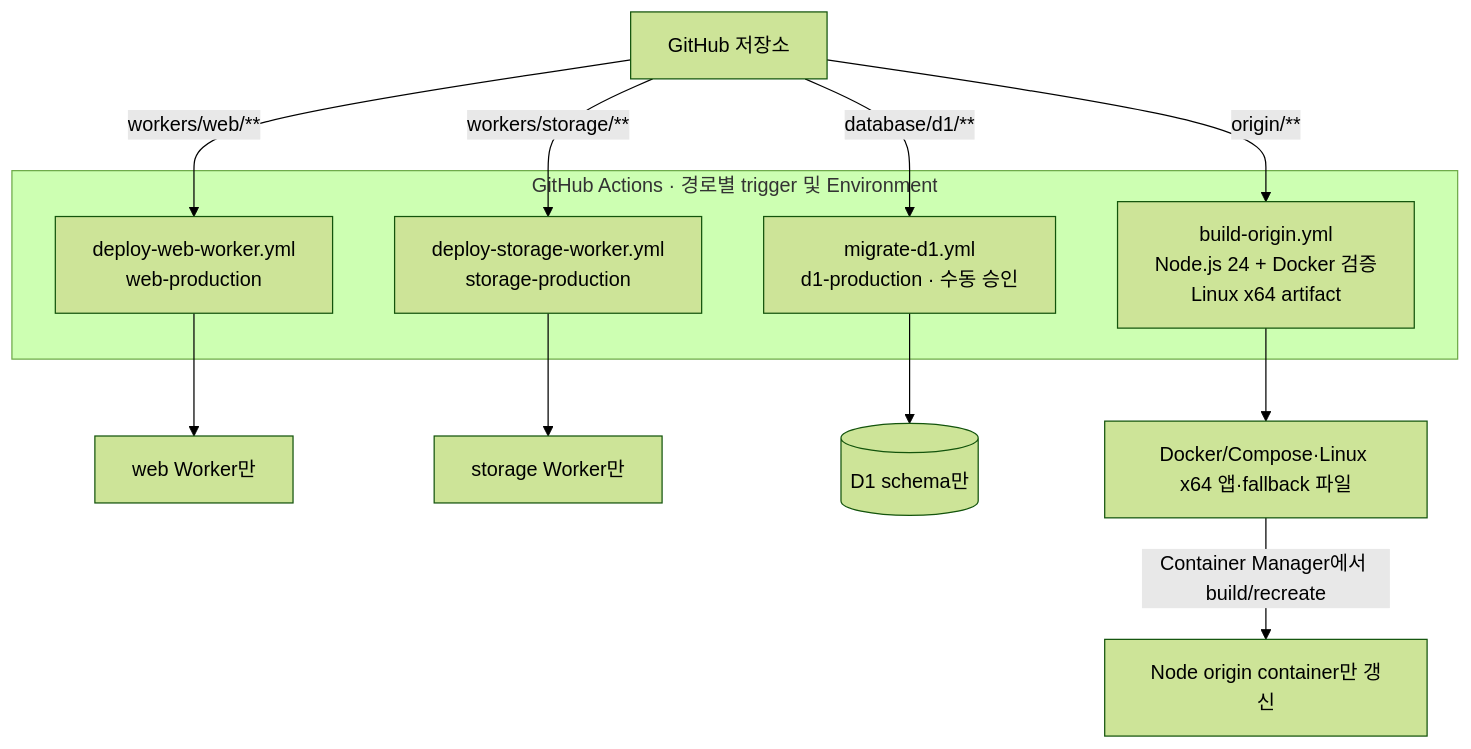
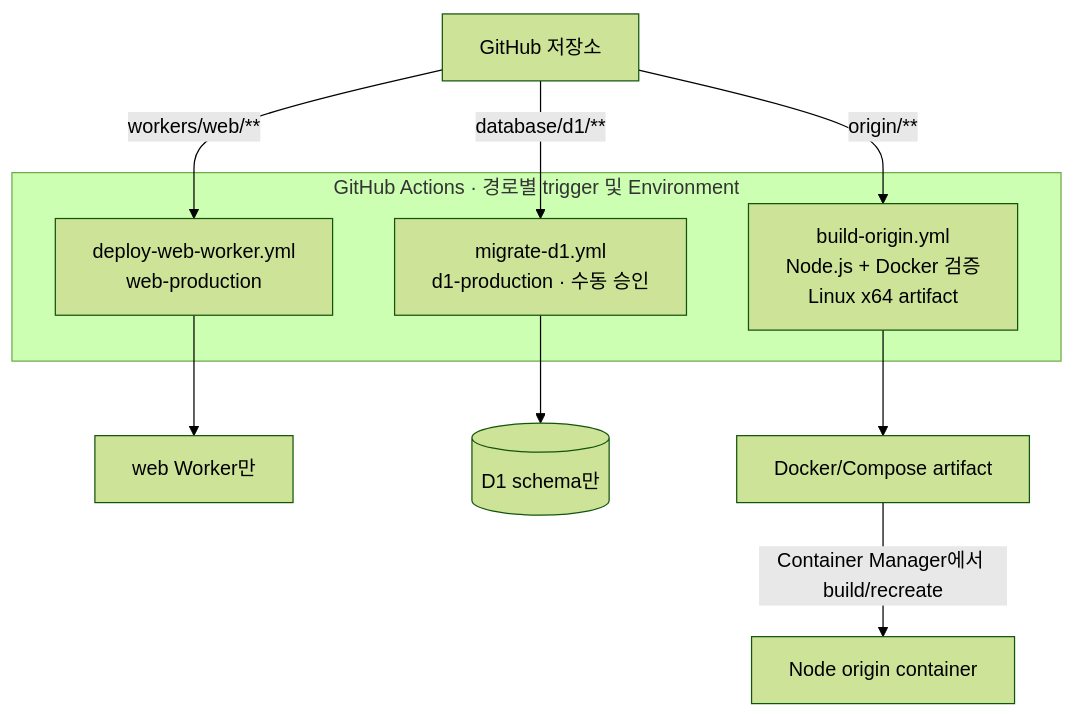
One commit to octopus7/meme changed the fourth of 4 diagrams in docs/architecture.md. Above: the diagram before and after it, drawn with Mermaid (forest theme). The commit also changed other lines of this file and 33 other files, not shown here.

Commit message:
Replace storage worker with direct tunnel origin

````diff
--- a/docs/architecture.md
+++ b/docs/architecture.md
@@ -132,17 +117,15 @@
 ```mermaid
 flowchart TB
     GH["GitHub 저장소"]
 
     subgraph GA["GitHub Actions · 경로별 trigger 및 Environment"]
         WW["deploy-web-worker.yml<br/>web-production"]
-        SW["deploy-storage-worker.yml<br/>storage-production"]
         DB["migrate-d1.yml<br/>d1-production · 수동 승인"]
-        OB["build-origin.yml<br/>Node.js 24 + Docker 검증<br/>Linux x64 artifact"]
+        OB["build-origin.yml<br/>Node.js + Docker 검증<br/>Linux x64 artifact"]
     end
 
     GH -->|"workers/web/**"| WW --> W["web Worker만"]
-    GH -->|"workers/storage/**"| SW --> S["storage Worker만"]
     GH -->|"database/d1/**"| DB --> D[("D1 schema만")]
-    GH -->|"origin/**"| OB --> AR["Docker/Compose·Linux x64 앱·fallback 파일"]
-    AR -->|"Container Manager에서 build/recreate"| O["Node origin container만 갱신"]
+    GH -->|"origin/**"| OB --> AR["Docker/Compose artifact"]
+    AR -->|"Container Manager에서 build/recreate"| O["Node origin container"]
 ```
````
